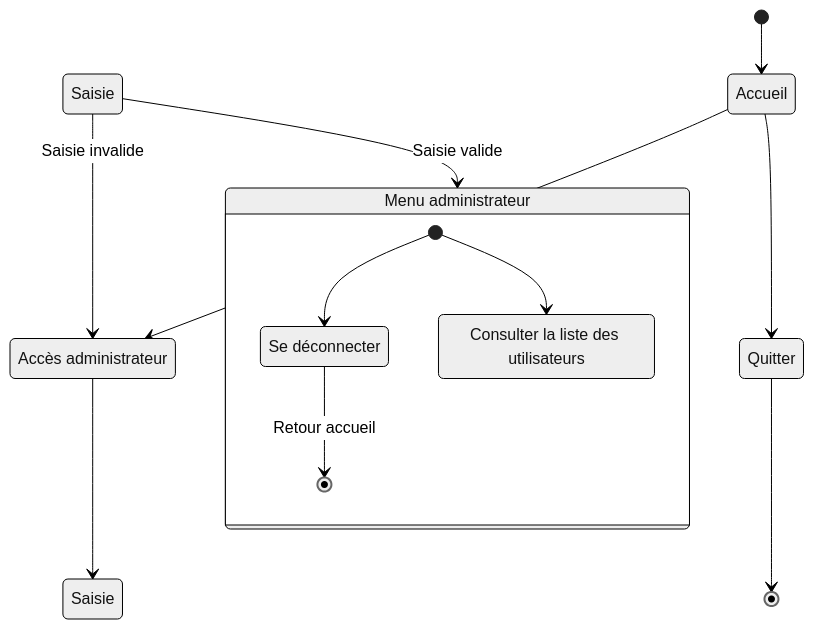
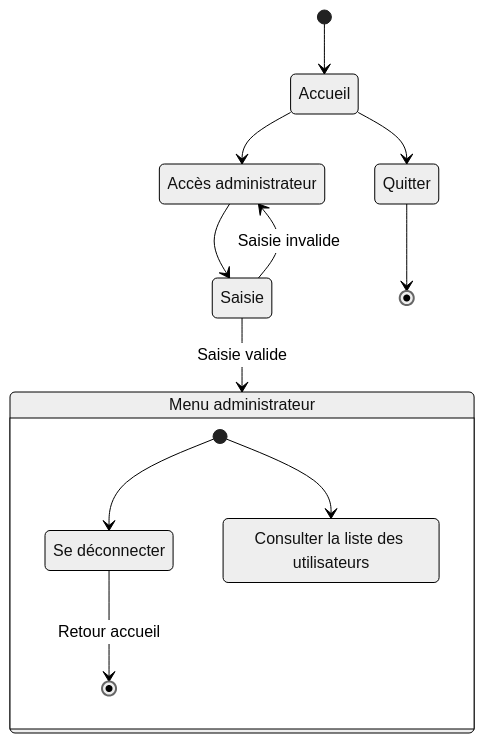
The fifth of 5 diagrams in doc/diag_activites.md (bbrunel/ENSAI-2A-projet-info), drawn with Mermaid (neutral theme) before and after one commit.

Commit message:
diag act admin saisie

````diff
--- a/doc/diag_activites.md
+++ b/doc/diag_activites.md
@@ -199,25 +199,24 @@
 ```mermaid
 stateDiagram
     admin : Accès administrateur
     admin_out : Se déconnecter
     list_utilisateurs : Consulter la liste des utilisateurs
     menu_admin : Menu administrateur
-    Saisie_a : Saisie
     
     [*] --> Accueil
 
     Accueil --> admin
     admin --> Saisie
-    Saisie_a --> menu_admin: Saisie valide
-    Saisie_a --> admin: Saisie invalide
+    Saisie --> menu_admin: Saisie valide
+    Saisie --> admin: Saisie invalide
     
     Accueil --> Quitter
     Quitter --> [*]
 
     state menu_admin {
       [*] --> list_utilisateurs
       [*] --> admin_out
       admin_out --> [*]: Retour accueil
     }
 
 ```
````
